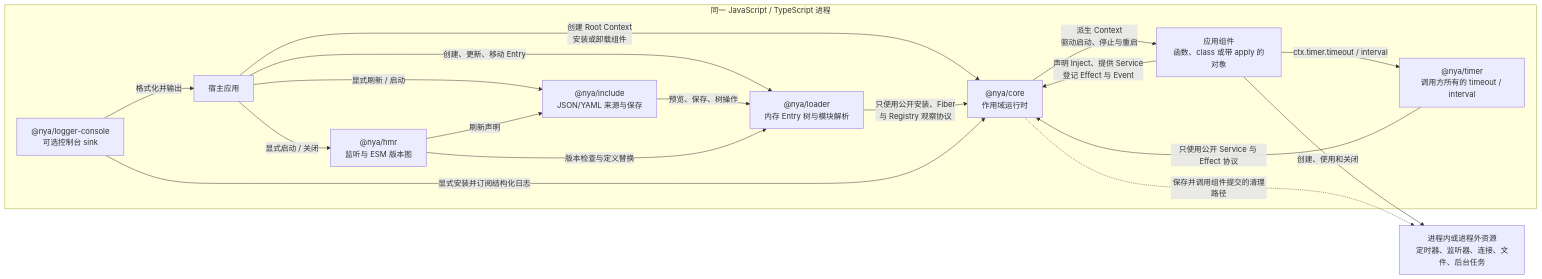
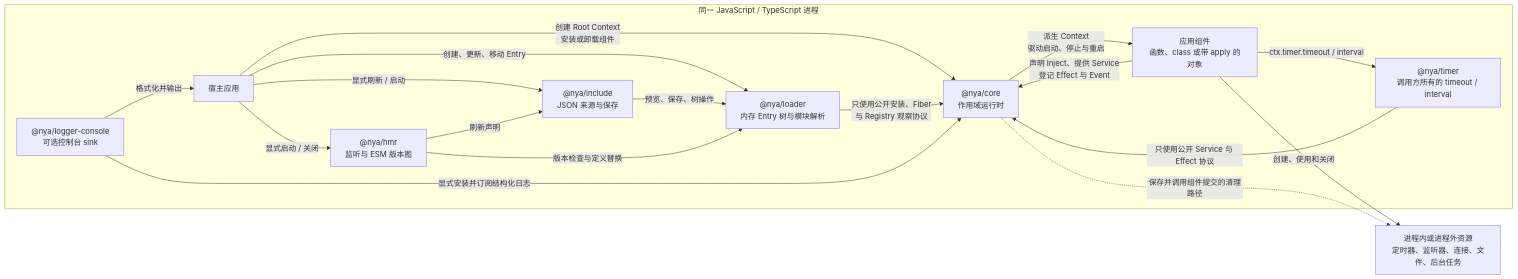
The first of 9 diagrams in docs/architecture.md (fanfan-de/NyaCore), drawn with Mermaid before and after one commit. The commit also changed other lines of this file and 29 other files, not shown here.

Commit message:
Standardize Include configuration on JSON only

````diff
--- a/docs/architecture.md
+++ b/docs/architecture.md
@@ -34,33 +34,33 @@
 ```mermaid
 flowchart LR
     subgraph Process["同一 JavaScript / TypeScript 进程"]
         Host["宿主应用"]
         Core["@nya/core<br/>作用域运行时"]
         Loader["@nya/loader<br/>内存 Entry 树与模块解析"]
-        Include["@nya/include<br/>JSON/YAML 来源与保存"]
+        Include["@nya/include<br/>JSON 来源与保存"]
         Hmr["@nya/hmr<br/>监听与 ESM 版本图"]
         ConsoleLogger["@nya/logger-console<br/>可选控制台 sink"]
         Timer["@nya/timer<br/>调用方所有的 timeout / interval"]
         Components["应用组件<br/>函数、class 或带 apply 的对象"]
 
         Host -->|"创建 Root Context<br/>安装或卸载组件"| Core
         Host -->|"创建、更新、移动 Entry"| Loader
         Host -->|"显式刷新 / 启动"| Include
         Host -->|"显式启动 / 关闭"| Hmr
         Hmr -->|"刷新声明"| Include
         Include -->|"预览、保存、树操作"| Loader
         Hmr -->|"版本检查与定义替换"| Loader
         Loader -->|"只使用公开安装、Fiber<br/>与 Registry 观察协议"| Core
         Core -->|"派生 Context<br/>驱动启动、停止与重启"| Components
         Components -->|"声明 Inject、提供 Service<br/>登记 Effect 与 Event"| Core
         ConsoleLogger -->|"显式安装并订阅结构化日志"| Core
         ConsoleLogger -->|"格式化并输出"| Host
         Timer -->|"只使用公开 Service 与 Effect 协议"| Core
         Components -->|"ctx.timer.timeout / interval"| Timer
     end
 
     Resources["进程内或进程外资源<br/>定时器、监听器、连接、文件、后台任务"]
 
     Components -->|"创建、使用和关闭"| Resources
     Core -.->|"保存并调用组件提交的清理路径"| Resources
 ```
````
